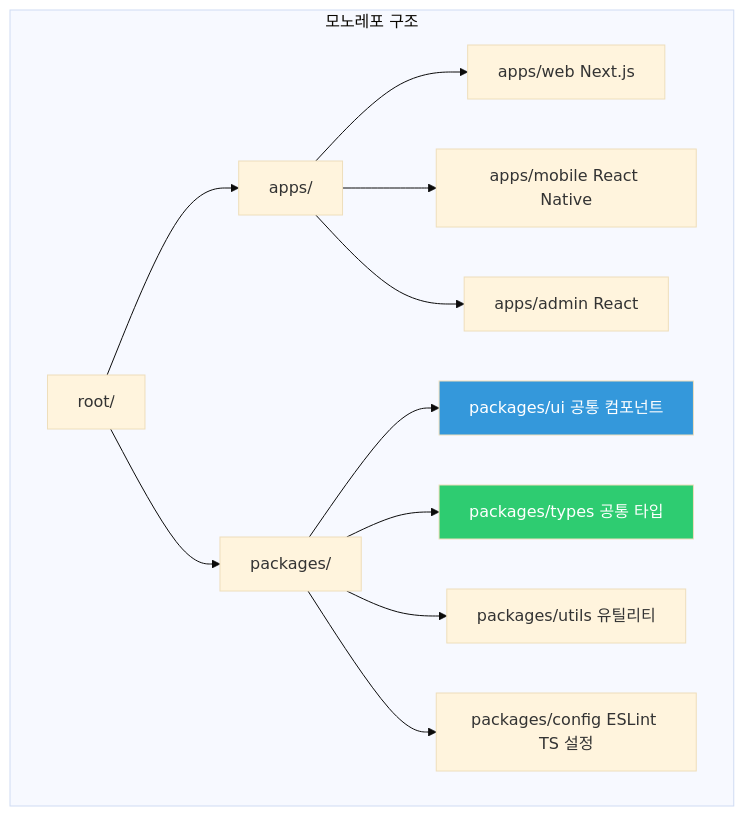
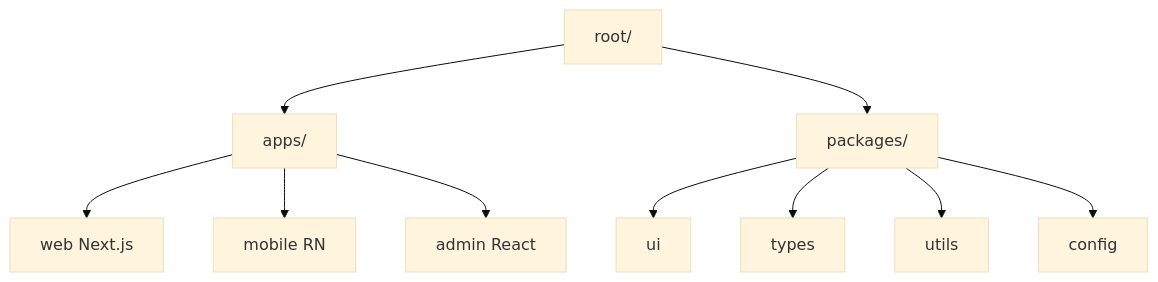
One commit to yjkim2015/yjkim2015.github.io changed the fifth of 7 diagrams in _posts/frontend/2026-05-02-frontend-architecture.md. Above: the diagram before and after it, drawn with Mermaid (base theme). The commit also changed other lines of this file and 215 other files, not shown here.

First line of the commit message:
신규 포스트 10개 추가 + Mermaid 전면 축소 + SystemDesign 시리즈 보강

````diff
--- a/_posts/frontend/2026-05-02-frontend-architecture.md
+++ b/_posts/frontend/2026-05-02-frontend-architecture.md
@@ -266,20 +252,6 @@
 ```mermaid
 graph TD
-    subgraph "모노레포 구조"
-        ROOT["root/"]
-        ROOT --> APPS["apps/"]
-        ROOT --> PACKAGES["packages/"]
-
-        APPS --> WEB["apps/web Next.js"]
-        APPS --> MOBILE["apps/mobile React Native"]
-        APPS --> ADMIN["apps/admin React"]
-
-        PACKAGES --> UI["packages/ui 공통 컴포넌트"]
-        PACKAGES --> TYPES["packages/types 공통 타입"]
-        PACKAGES --> UTILS["packages/utils 유틸리티"]
-        PACKAGES --> CONFIG["packages/config ESLint TS 설정"]
-    end
-
-    style UI fill:#3498db,color:#fff
-    style TYPES fill:#2ecc71,color:#fff
+    ROOT["root/"] --> APPS["apps/"] & PACKAGES["packages/"]
+    APPS --> WEB["web Next.js"] & MOBILE["mobile RN"] & ADMIN["admin React"]
+    PACKAGES --> UI["ui"] & TYPES["types"] & UTILS["utils"] & CONFIG["config"]
 ```
````
